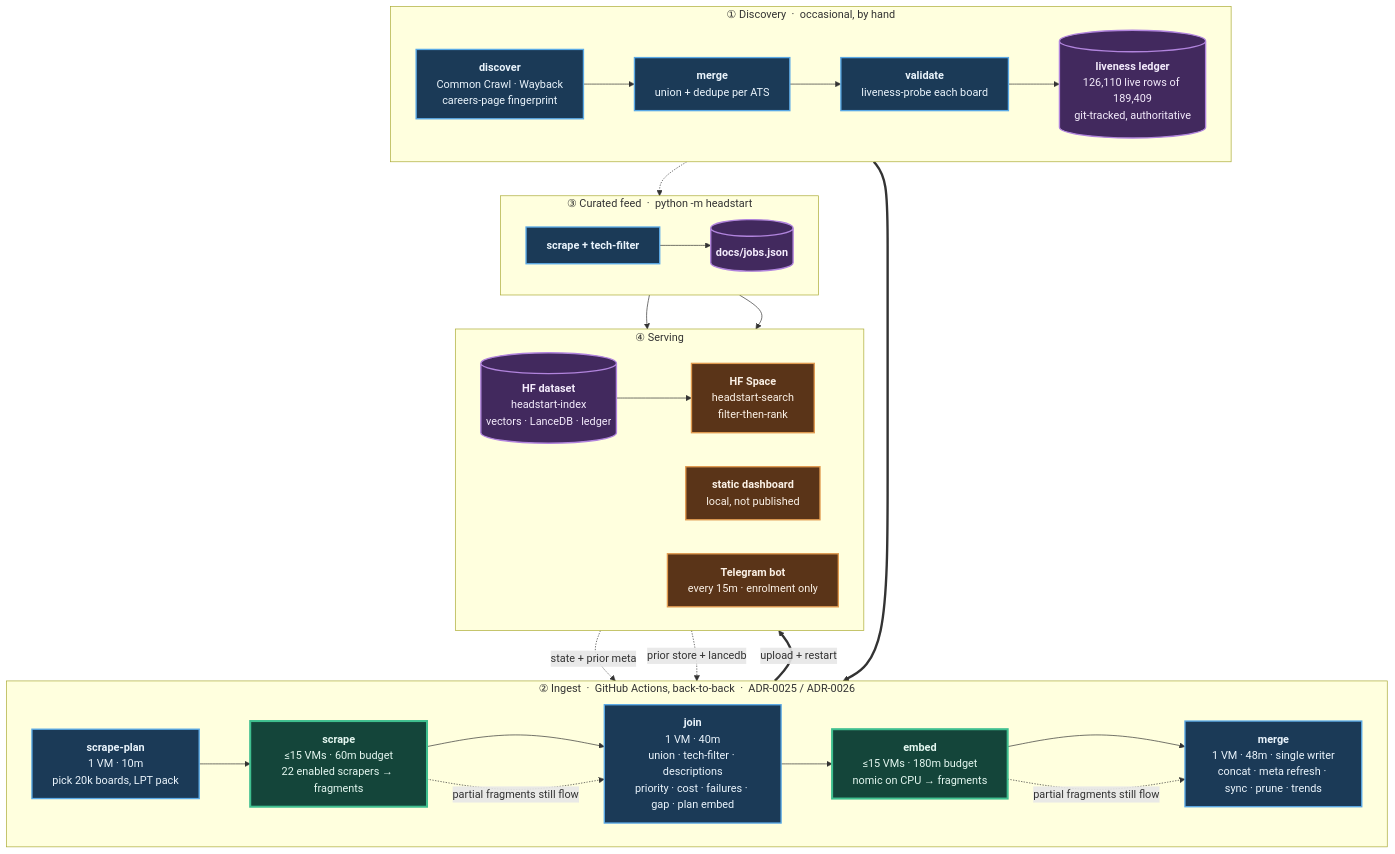
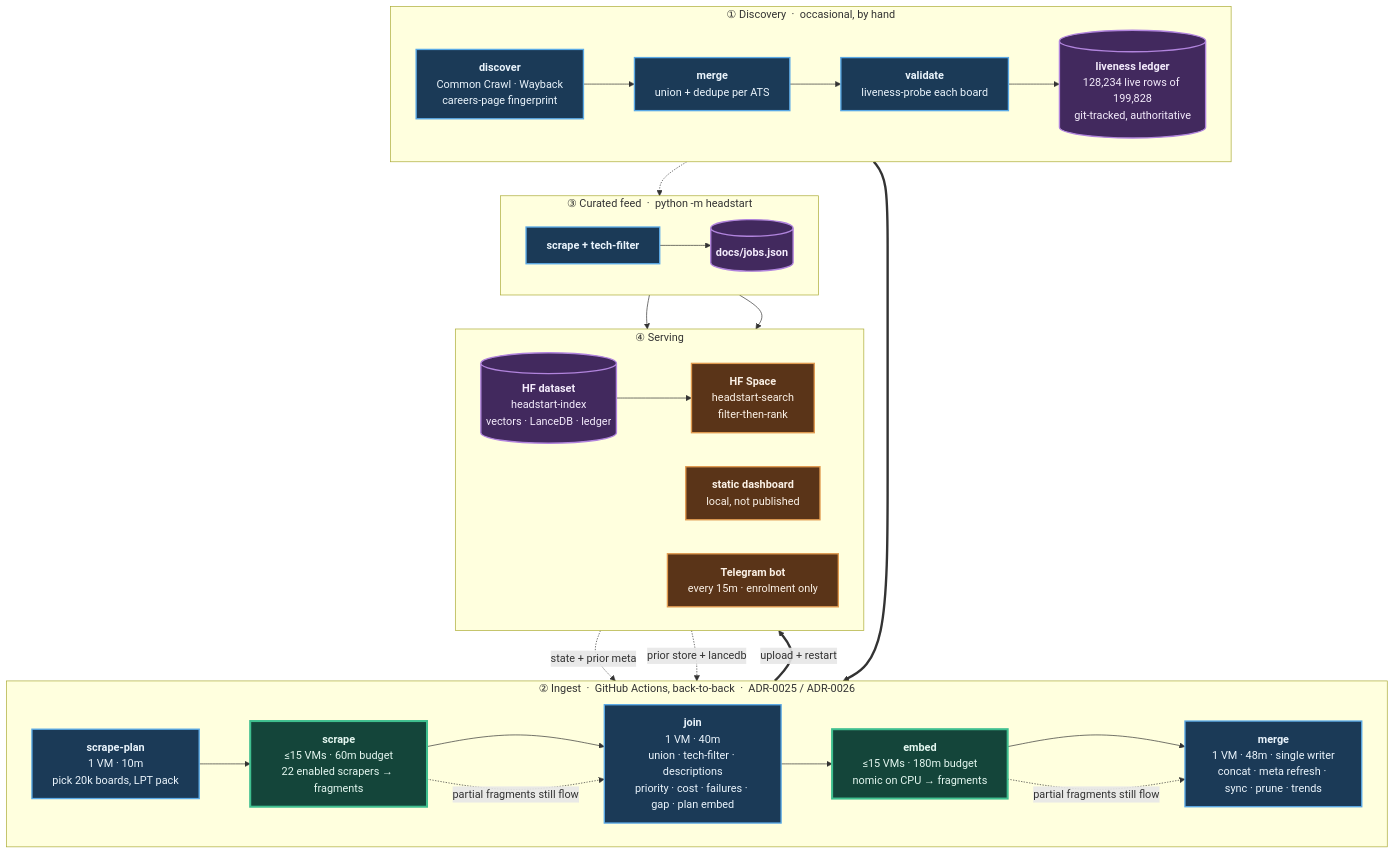
Before and after one commit to sarthakjain004/headstart: the diagram in README.md, drawn with Mermaid. The commit also changed other lines of this file and 4 other files, not shown here.

````diff
--- a/README.md
+++ b/README.md
@@ -84,56 +84,56 @@
 ```mermaid
 flowchart TB
     subgraph D["① Discovery &nbsp;·&nbsp; occasional, by hand"]
         direction LR
         D1["<b>discover</b><br/>Common Crawl · Wayback<br/>careers-page fingerprint"]
         D2["<b>merge</b><br/>union + dedupe per ATS"]
         D3["<b>validate</b><br/>liveness-probe each board"]
-        D4[("<b>liveness ledger</b><br/>126,110 live rows of 189,409<br/>git-tracked, authoritative")]
+        D4[("<b>liveness ledger</b><br/>128,234 live rows of 199,828<br/>git-tracked, authoritative")]
         D1 --> D2 --> D3 --> D4
     end
 
     subgraph P["② Ingest &nbsp;·&nbsp; GitHub Actions, back-to-back &nbsp;·&nbsp; ADR-0025 / ADR-0026"]
         direction LR
         P1["<b>scrape-plan</b><br/>1 VM · 10m<br/>pick 20k boards, LPT pack"]
         P2["<b>scrape</b><br/>≤15 VMs · 60m budget<br/>22 enabled scrapers → fragments"]
         P3["<b>join</b><br/>1 VM · 40m<br/>union · tech-filter · descriptions<br/>priority · cost · failures · gap · plan embed"]
         P4["<b>embed</b><br/>≤15 VMs · 180m budget<br/>nomic on CPU → fragments"]
         P5["<b>merge</b><br/>1 VM · 48m · single writer<br/>concat · meta refresh · sync · prune · trends"]
         P1 --> P2 --> P3 --> P4 --> P5
     end
 
     subgraph F["③ Curated feed &nbsp;·&nbsp; python -m headstart"]
         direction LR
         F1["<b>scrape + tech-filter</b>"]
         F2[("<b>docs/jobs.json</b>")]
         F1 --> F2
     end
 
     subgraph S["④ Serving"]
         direction LR
         S1[("<b>HF dataset</b><br/>headstart-index<br/>vectors · LanceDB · ledger")]
         S2["<b>HF Space</b><br/>headstart-search<br/>filter-then-rank"]
         S3["<b>static dashboard</b><br/>local, not published"]
         S4["<b>Telegram bot</b><br/>every 15m · enrolment only"]
         S1 --> S2
     end
 
     D4 ==> P1
     S1 -. "state + prior meta" .-> P1
     S1 -. "prior store + lancedb" .-> P5
     D4 -.-> F1
     P5 ==>|"upload + restart"| S1
     F2 --> S3
     F2 --> S4
     P2 -. "partial fragments still flow" .-> P3
     P4 -. "partial fragments still flow" .-> P5
 
     classDef serial fill:#1b3a57,stroke:#5aa9e6,stroke-width:2px,color:#eaf4fc
     classDef fan fill:#14453a,stroke:#3fbf8f,stroke-width:3px,color:#e4f7f0
     classDef store fill:#42295e,stroke:#b184dd,stroke-width:2px,color:#f4ecfc
     classDef serve fill:#5a3418,stroke:#e09a4f,stroke-width:2px,color:#fbf1e6
     class D1,D2,D3,P1,P3,P5,F1 serial
     class P2,P4 fan
     class D4,F2,S1 store
     class S2,S3,S4 serve
 ```
````
